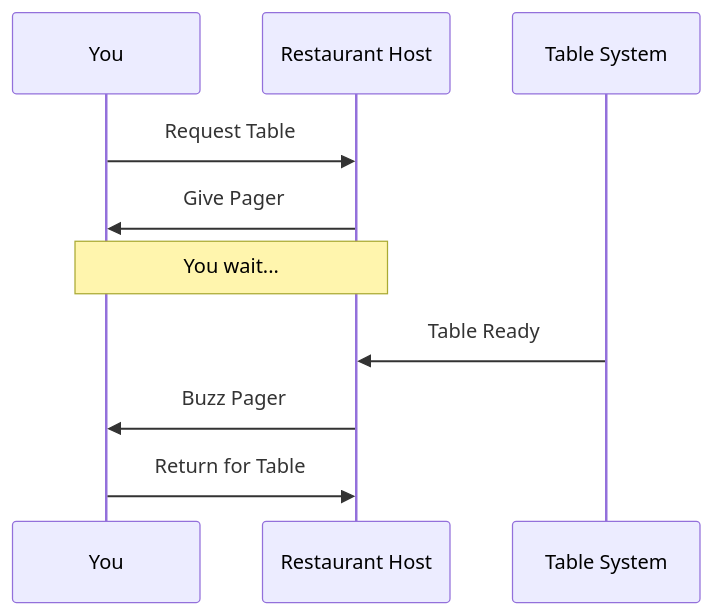
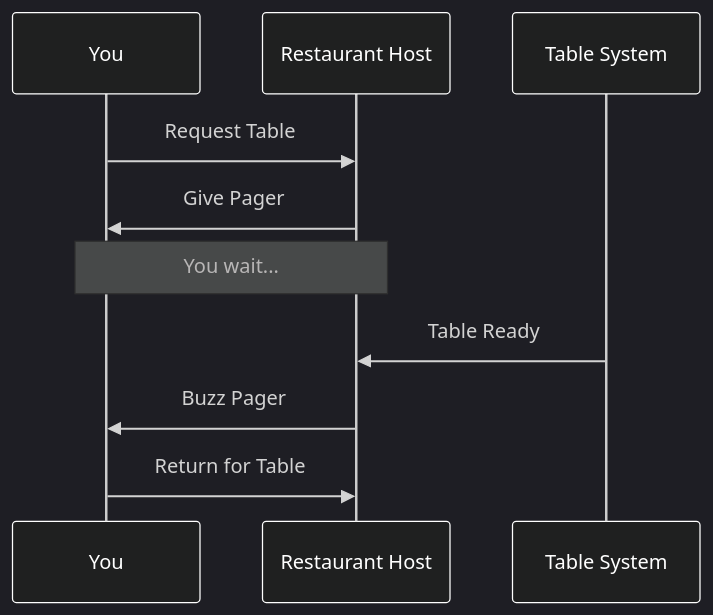
One commit to NovemberFalls/MP_SU_Shooter changed the diagram in Concepts/Delegates/02. Understanding Delegates - The Restaurant Analogy.md. Above: the diagram before and after it, drawn with Mermaid. The commit also changed 2 other files, not shown here.

Commit message:
Lecture 25 completed

````diff
--- a/Concepts/Delegates/02. Understanding Delegates - The Restaurant Analogy.md
+++ b/Concepts/Delegates/02. Understanding Delegates - The Restaurant Analogy.md
@@ -13,13 +13,14 @@
    ```mermaid
+   %%{init: {'theme':'dark', 'themeVariables': {'sequenceMessageLineColor': '#ffffff', 'actorTextColor': '#ffffff', 'actorBorder': '#ffffff'}}}%%
    sequenceDiagram
        participant Customer as You
        participant Host as Restaurant Host
        participant Table as Table System
        
        Customer->>Host: Request Table
        Host->>Customer: Give Pager
        Note over Customer,Host: You wait...
        Table->>Host: Table Ready
        Host->>Customer: Buzz Pager
        Customer->>Host: Return for Table
    ```
````
